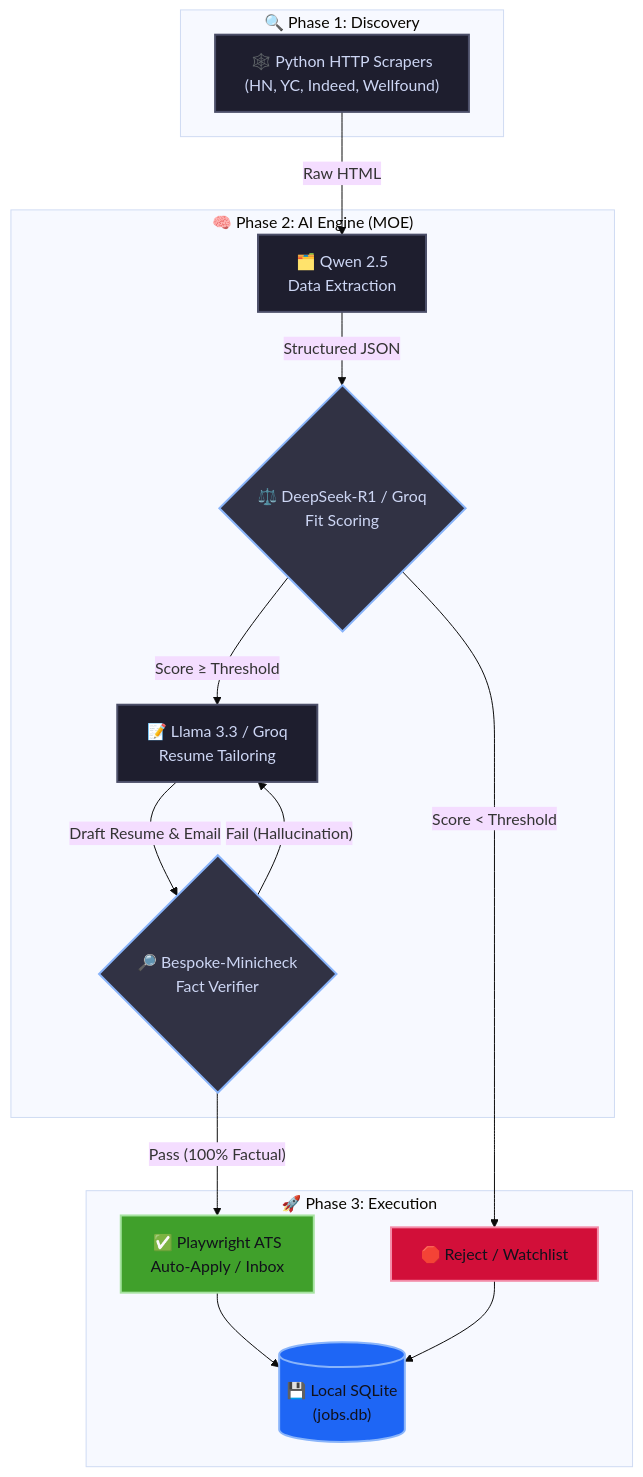
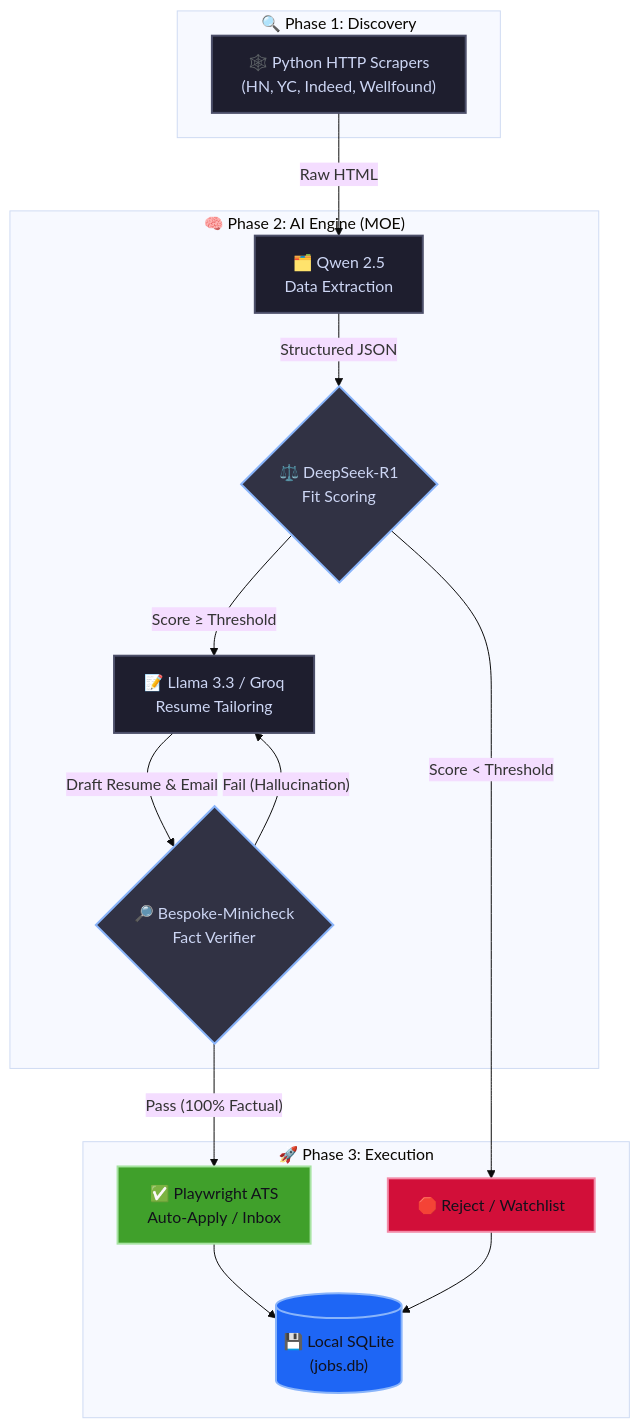
The diagram in README.md (SVSPraveen/SPrav-Job-AI), drawn with Mermaid (base theme) before and after one commit.

Commit message:
docs: correct deepseek-r1 provider in flowchart

````diff
--- a/README.md
+++ b/README.md
@@ -89,43 +89,43 @@
 ```mermaid
 flowchart TD
     %% Subgraphs for logical grouping
     subgraph Discovery ["🔍 Phase 1: Discovery"]
         Scrapers["🕸️ Python HTTP Scrapers<br/>(HN, YC, Indeed, Wellfound)"]
     end
 
     subgraph Engine ["🧠 Phase 2: AI Engine (MOE)"]
         Extractor["🗂️ Qwen 2.5<br/>Data Extraction"]
-        Scorer{"⚖️ DeepSeek-R1 / Groq<br/>Fit Scoring"}
+        Scorer{"⚖️ DeepSeek-R1<br/>Fit Scoring"}
         Tailor["📝 Llama 3.3 / Groq<br/>Resume Tailoring"]
         Verifier{"🔎 Bespoke-Minicheck<br/>Fact Verifier"}
     end
 
     subgraph Execution ["🚀 Phase 3: Execution"]
         Reject["🛑 Reject / Watchlist"]
         Apply["✅ Playwright ATS<br/>Auto-Apply / Inbox"]
         DB[("💾 Local SQLite<br/>(jobs.db)")]
     end
 
     %% Edge connections
     Scrapers -- "Raw HTML" --> Extractor
     Extractor -- "Structured JSON" --> Scorer
     Scorer -- "Score ≥ Threshold" --> Tailor
     Scorer -- "Score < Threshold" --> Reject
     Tailor -- "Draft Resume & Email" --> Verifier
     Verifier -- "Pass (100% Factual)" --> Apply
     Verifier -- "Fail (Hallucination)" --> Tailor
     Apply --> DB
     Reject --> DB
 
     %% Professional styling
     classDef default fill:#1E1E2E,stroke:#4C4F69,stroke-width:2px,color:#CDD6F4;
     classDef decision fill:#313244,stroke:#89B4FA,stroke-width:2px,color:#CDD6F4;
     classDef success fill:#40A02B,stroke:#A6E3A1,stroke-width:2px,color:#11111B;
     classDef reject fill:#D20F39,stroke:#F38BA8,stroke-width:2px,color:#11111B;
     classDef database fill:#1E66F5,stroke:#89B4FA,stroke-width:2px,color:#11111B;
 
     class Scorer,Verifier decision;
     class Apply success;
     class Reject reject;
     class DB database;
 ```
````
